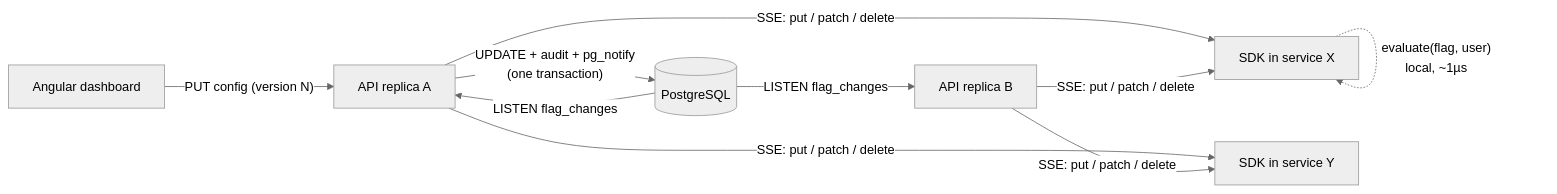
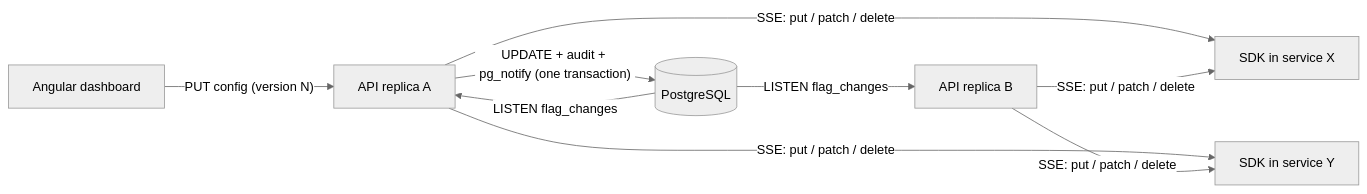
Before and after one commit to DRTX2/flagship: the diagram in README.md, drawn with Mermaid (neutral theme). The commit also changed other lines of this file and 67 other files, not shown here.

````diff
--- a/README.md
+++ b/README.md
@@ -15,8 +21,7 @@
 ```mermaid
 flowchart LR
   D[Angular dashboard] -- "PUT config (version N)" --> A1[API replica A]
-  A1 -- "UPDATE + audit + pg_notify<br/>(one transaction)" --> PG[(PostgreSQL)]
+  A1 -- "UPDATE + audit + pg_notify (one transaction)" --> PG[(PostgreSQL)]
   PG -- "LISTEN flag_changes" --> A1 & A2[API replica B]
   A1 & A2 -- "SSE: put / patch / delete" --> S1[SDK in service X] & S2[SDK in service Y]
-  S1 -. "evaluate(flag, user)<br/>local, ~1µs" .-> S1
 ```
````
